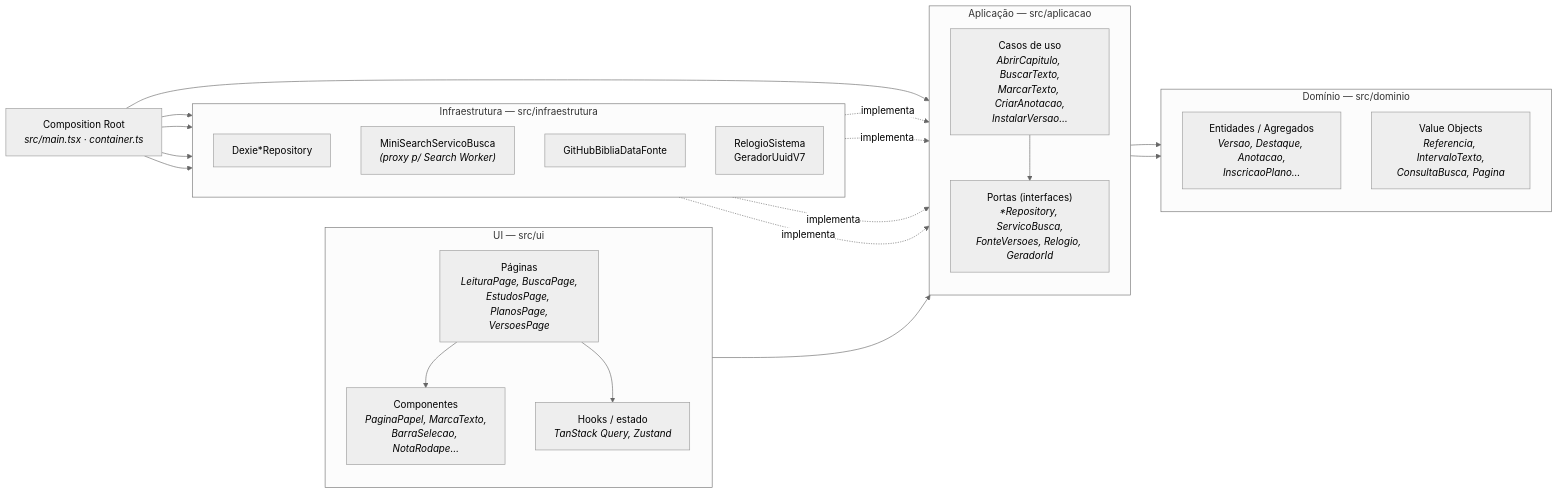
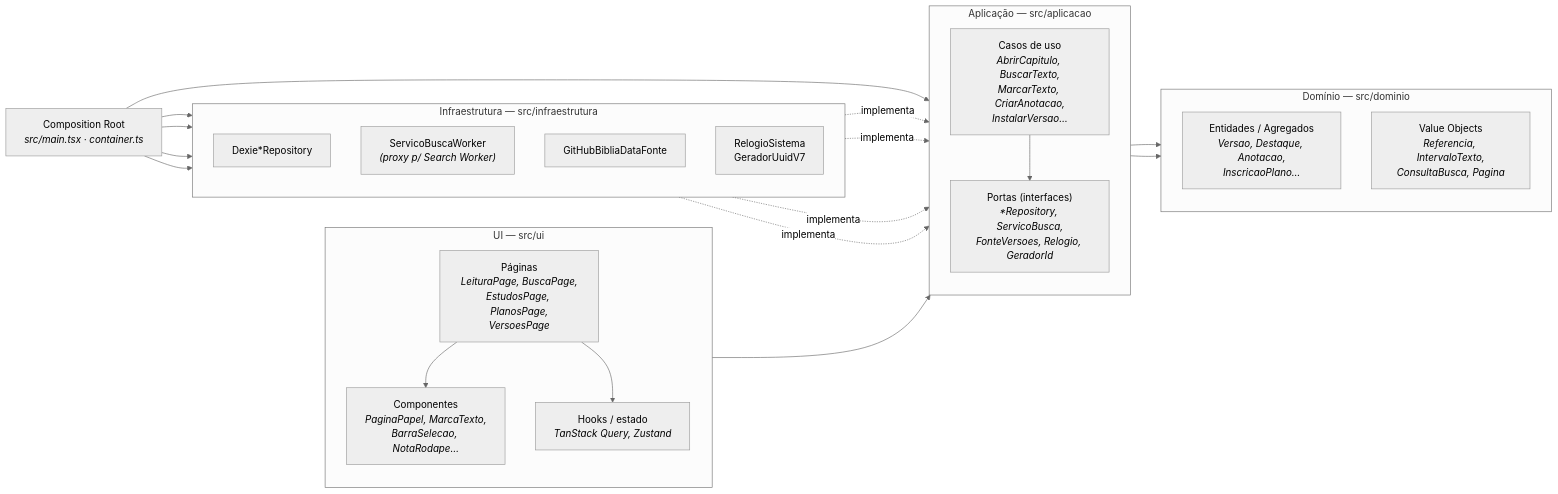
One commit to edioilha/biblia-app changed the third of 8 diagrams in docs/06-arquitetura.md. Above: the diagram before and after it, drawn with Mermaid (neutral theme). The commit also changed other lines of this file and 7 other files, not shown here.

````diff
--- a/docs/06-arquitetura.md
+++ b/docs/06-arquitetura.md
@@ -82,44 +82,44 @@
 ```mermaid
 flowchart LR
     subgraph ui["UI — src/ui"]
         direction TB
         paginas["Páginas<br/><i>LeituraPage, BuscaPage,<br/>EstudosPage, PlanosPage,<br/>VersoesPage</i>"]
         comps["Componentes<br/><i>PaginaPapel, MarcaTexto,<br/>BarraSelecao, NotaRodape…</i>"]
         hooks["Hooks / estado<br/><i>TanStack Query, Zustand</i>"]
     end
 
     subgraph app["Aplicação — src/aplicacao"]
         direction TB
         uc["Casos de uso<br/><i>AbrirCapitulo, BuscarTexto,<br/>MarcarTexto, CriarAnotacao,<br/>InstalarVersao…</i>"]
         portas["Portas (interfaces)<br/><i>*Repository, ServicoBusca,<br/>FonteVersoes, Relogio, GeradorId</i>"]
     end
 
     subgraph dom["Domínio — src/dominio"]
         direction TB
         ent["Entidades / Agregados<br/><i>Versao, Destaque, Anotacao,<br/>InscricaoPlano…</i>"]
         vo["Value Objects<br/><i>Referencia, IntervaloTexto,<br/>ConsultaBusca, Pagina</i>"]
     end
 
     subgraph infra["Infraestrutura — src/infraestrutura"]
         direction TB
         dexie["Dexie*Repository"]
-        busca["MiniSearchServicoBusca<br/><i>(proxy p/ Search Worker)</i>"]
+        busca["ServicoBuscaWorker<br/><i>(proxy p/ Search Worker)</i>"]
         fonte["GitHubBibliaDataFonte"]
         relogio["RelogioSistema<br/>GeradorUuidV7"]
     end
 
     comp_root["Composition Root<br/><i>src/main.tsx · container.ts</i>"]
 
     paginas --> comps
     paginas --> hooks
     hooks --> uc
     uc --> ent
     uc --> vo
     uc --> portas
     dexie -. "implementa" .-> portas
     busca -. "implementa" .-> portas
     fonte -. "implementa" .-> portas
     relogio -. "implementa" .-> portas
     comp_root --> dexie & busca & fonte & relogio
     comp_root --> uc
 ```
````
